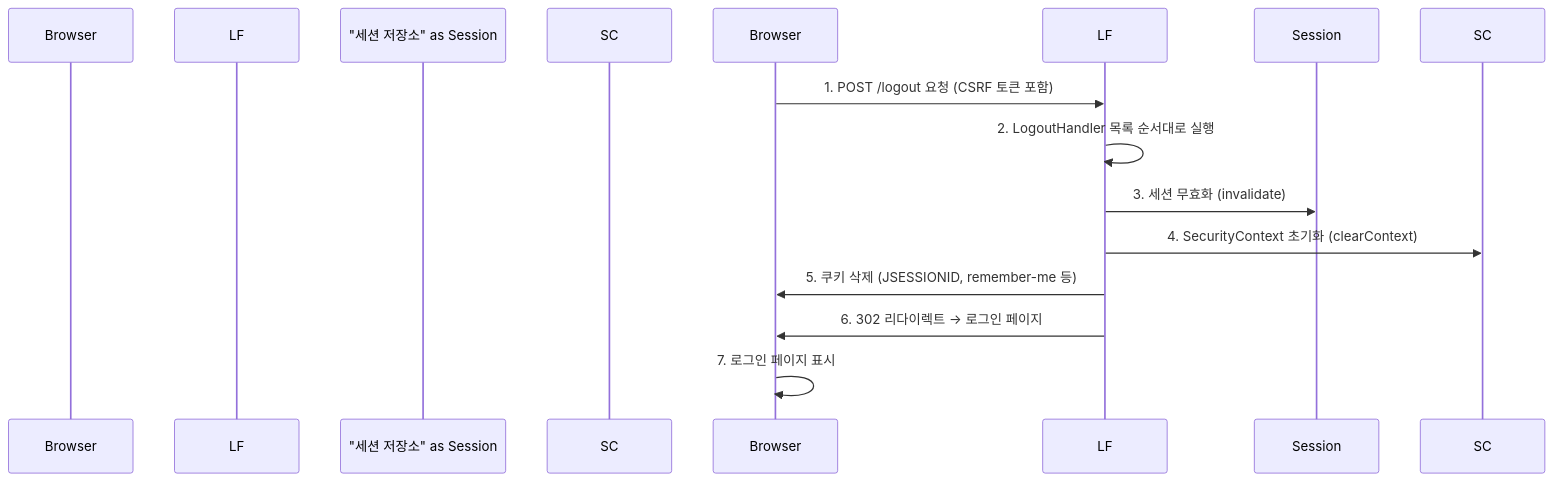
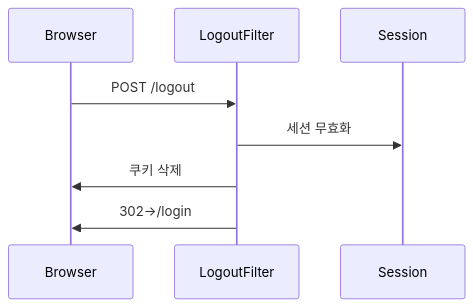
The first of 2 diagrams in _posts/security/2021-01-17-Logout.md (yjkim2015/yjkim2015.github.io), drawn with Mermaid before and after one commit. The commit also changed 155 other files, not shown here.

First line of the commit message:
Mermaid 전면 수정: subgraph 제거, participant/노드/줄수 축소 (342블록)

````diff
--- a/_posts/security/2021-01-17-Logout.md
+++ b/_posts/security/2021-01-17-Logout.md
@@ -20,14 +20,10 @@
 ```mermaid
 sequenceDiagram
-    participant "브라우저" as Browser
-    participant "LogoutFilter" as LF
-    participant "세션 저장소" as Session
-    participant "SecurityContext" as SC
-    Browser->>LF: 1. POST /logout 요청 (CSRF 토큰 포함)
-    LF->>LF: 2. LogoutHandler 목록 순서대로 실행
-    LF->>Session: 3. 세션 무효화 (invalidate)
-    LF->>SC: 4. SecurityContext 초기화 (clearContext)
-    LF->>Browser: 5. 쿠키 삭제 (JSESSIONID, remember-me 등)
-    LF->>Browser: 6. 302 리다이렉트 → 로그인 페이지
-    Browser->>Browser: 7. 로그인 페이지 표시
+    participant B as Browser
+    participant LF as LogoutFilter
+    participant S as Session
+    B->>LF: POST /logout
+    LF->>S: 세션 무효화
+    LF->>B: 쿠키 삭제
+    LF->>B: 302→/login
 ```
````
